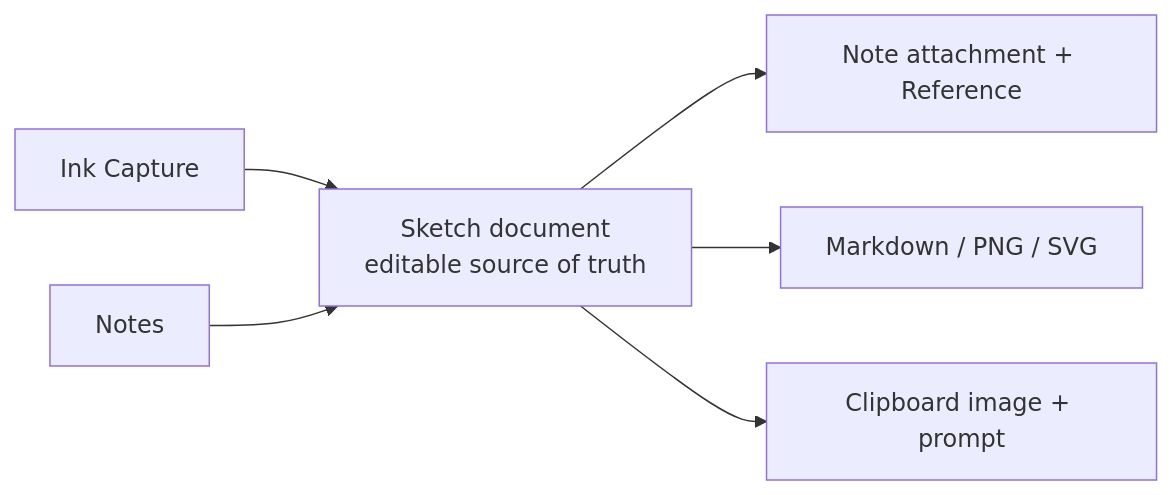
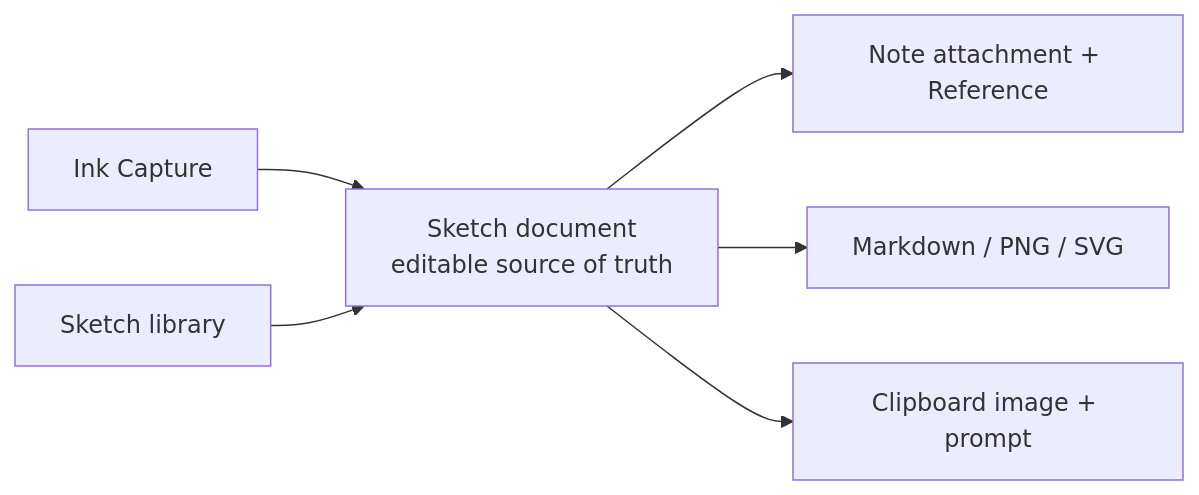
Before and after one commit to mryk814/tasuken: the diagram in docs/sketch-workspace.md, drawn with Mermaid. The commit also changed other lines of this file and 16 other files, not shown here.

Commit message:
feat: add independent sketch library

````diff
--- a/docs/sketch-workspace.md
+++ b/docs/sketch-workspace.md
@@ -18,8 +19,8 @@
 ```mermaid
 flowchart LR
   Capture["Ink Capture"] --> Sketch["Sketch document<br/>editable source of truth"]
-  Notes["Notes"] --> Sketch
+  Library["Sketch library"] --> Sketch
   Sketch --> Note["Note attachment + Reference"]
   Sketch --> Export["Markdown / PNG / SVG"]
   Sketch --> AI["Clipboard image + prompt"]
 ```
````
